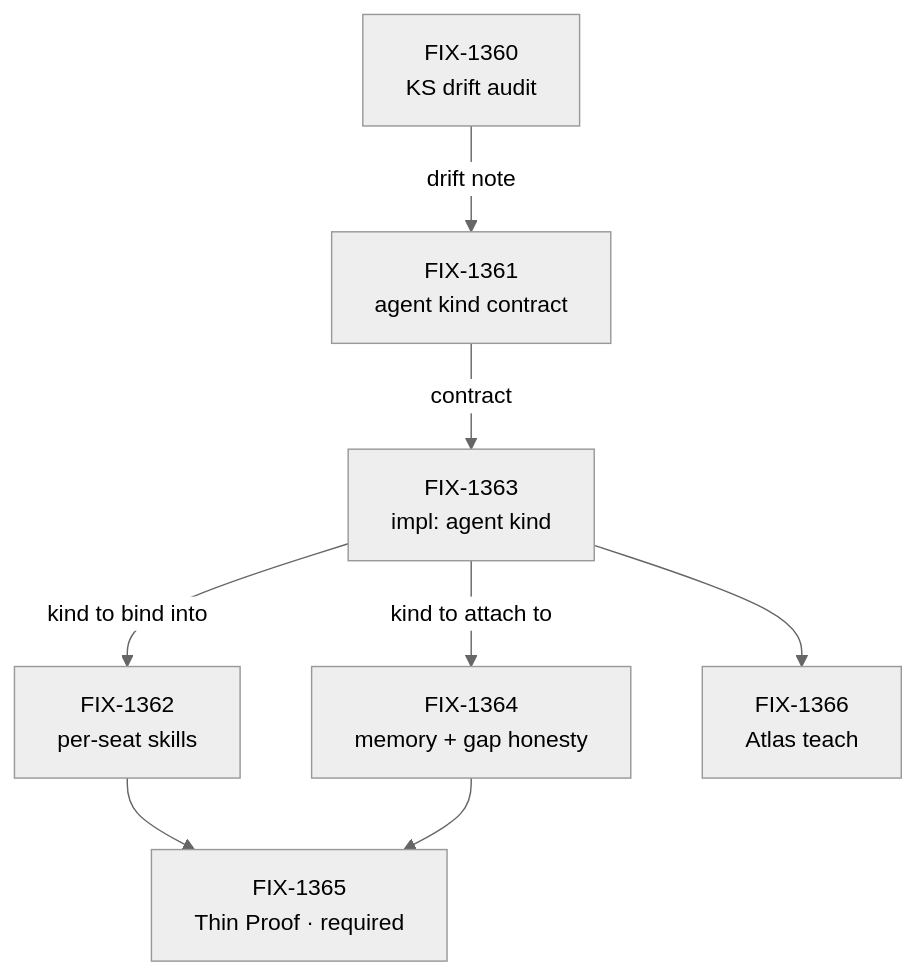
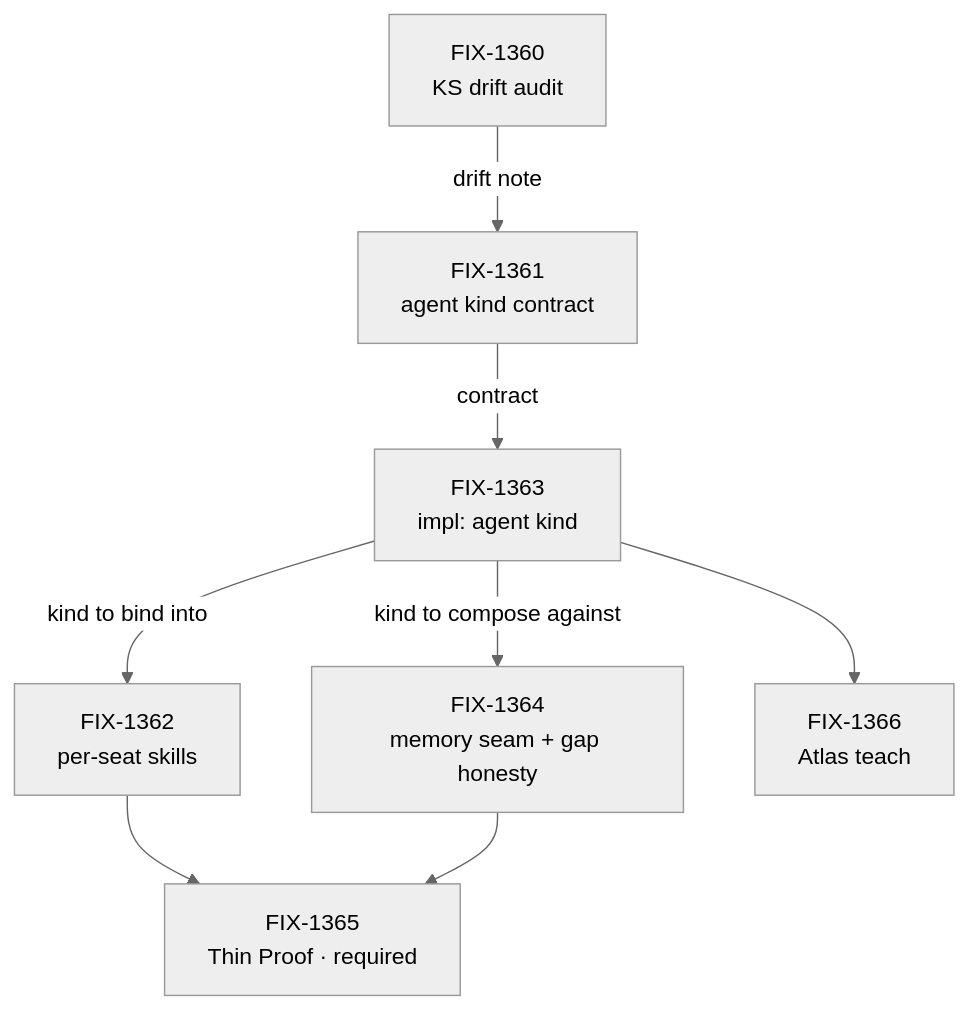
One commit to fixpoint-labs/flow-state-dev changed the diagram in spec/_epics/default-agent-kind.md. Above: the diagram before and after it, drawn with Mermaid (neutral theme). The commit also changed other lines of this file and 1 other file, not shown here.

````diff
--- a/spec/_epics/default-agent-kind.md
+++ b/spec/_epics/default-agent-kind.md
@@ -208,10 +232,10 @@
 ```mermaid
 flowchart TD
   A[FIX-1360<br/>KS drift audit] -->|drift note| B[FIX-1361<br/>agent kind contract]
   B -->|contract| C[FIX-1363<br/>impl: agent kind]
   C -->|kind to bind into| D[FIX-1362<br/>per-seat skills]
-  C -->|kind to attach to| E[FIX-1364<br/>memory + gap honesty]
+  C -->|kind to compose against| E[FIX-1364<br/>memory seam + gap honesty]
   C --> F[FIX-1366<br/>Atlas teach]
   D --> G[FIX-1365<br/>Thin Proof · required]
   E --> G
 ```
````
